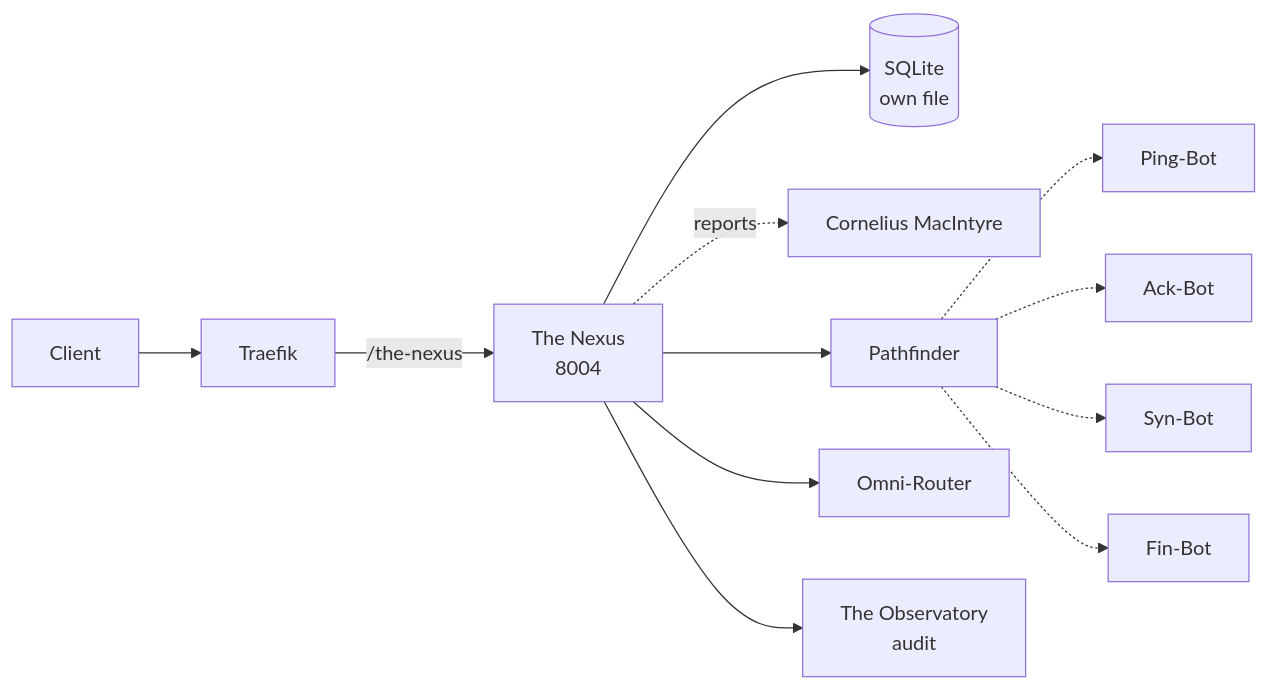
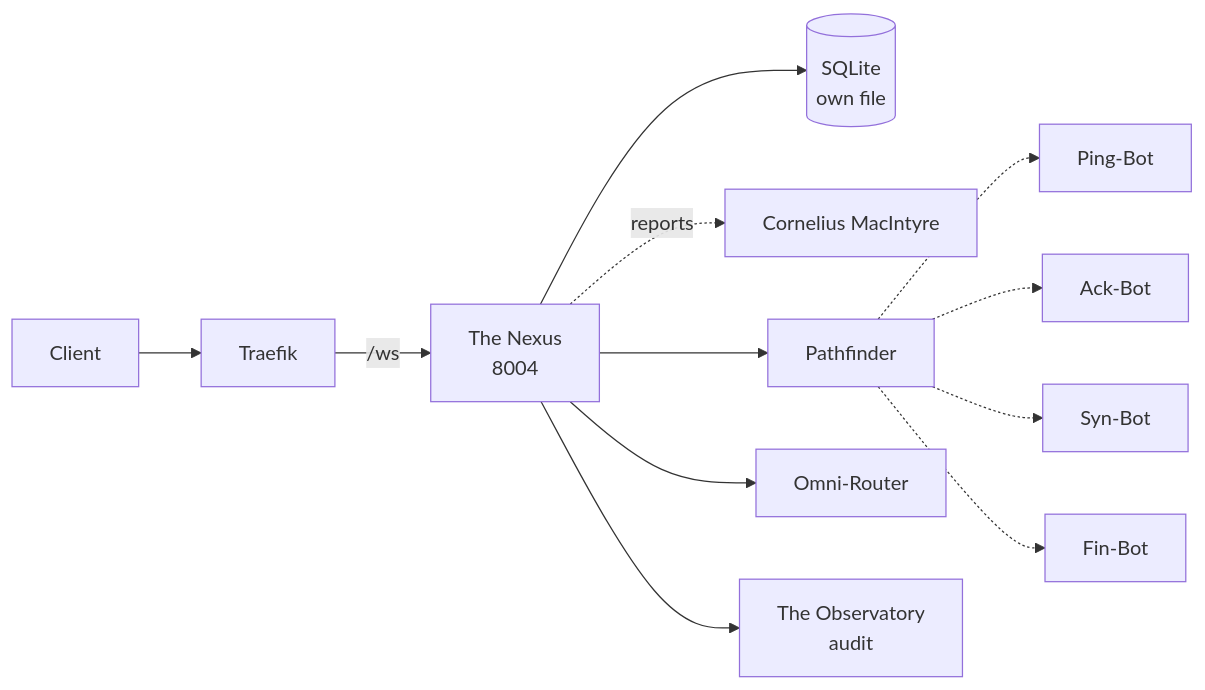
Before and after one commit to Trancendos/Tranc3: the diagram in docs/solution-packs/the-nexus.md, drawn with Mermaid. The commit also changed other lines of this file and 64 other files, not shown here.

````diff
--- a/docs/solution-packs/the-nexus.md
+++ b/docs/solution-packs/the-nexus.md
@@ -72,14 +72,14 @@
 ```mermaid
 flowchart LR
     C[Client] --> T[Traefik]
-    T -->|/the-nexus| S[The Nexus<br/>8004]
+    T -->|/ws| S[The Nexus<br/>8004]
     S --> DB[(SQLite<br/>own file)]
     S -.reports.-> P[Cornelius MacIntyre]
     S --> AA[Pathfinder]
     S --> AB[Omni-Router]
     AA -.-> PingBot[Ping-Bot]
     AA -.-> AckBot[Ack-Bot]
     AA -.-> SynBot[Syn-Bot]
     AA -.-> FinBot[Fin-Bot]
     S --> OBS[The Observatory<br/>audit]
 ```
````
